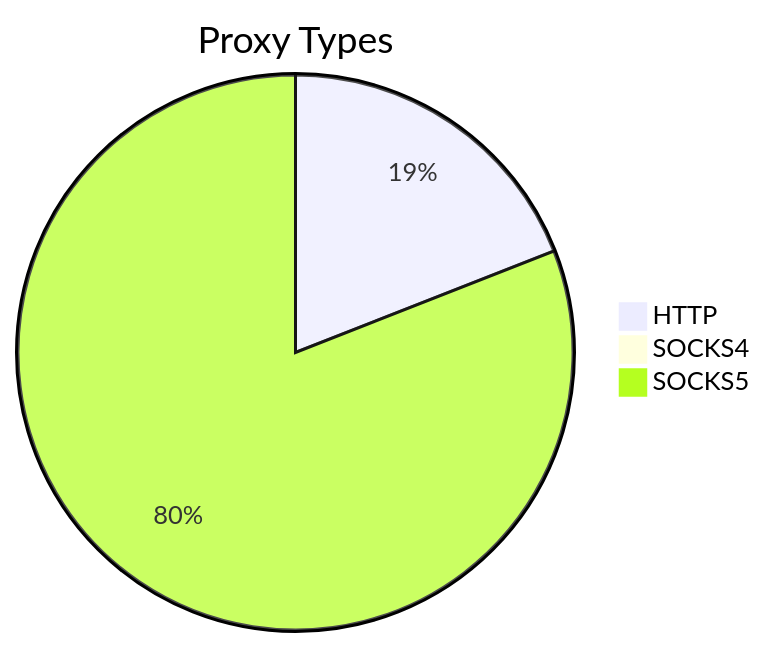
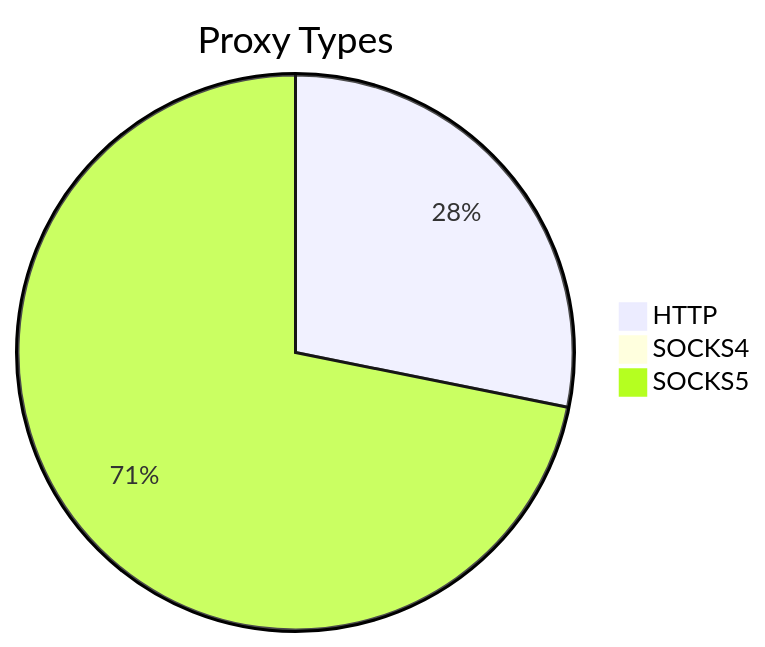
One commit to stormsia/proxy-list changed the first of 2 diagrams in README.md. Above: the diagram before and after it, drawn with Mermaid. The commit also changed other lines of this file, not shown here.

````diff
--- a/README.md
+++ b/README.md
@@ -21,6 +21,6 @@
 ```mermaid
 pie title Proxy Types
-    "HTTP" : 203
-    "SOCKS4" : 8
-    "SOCKS5" : 863
+    "HTTP" : 256
+    "SOCKS4" : 9
+    "SOCKS5" : 653
 ```
````
